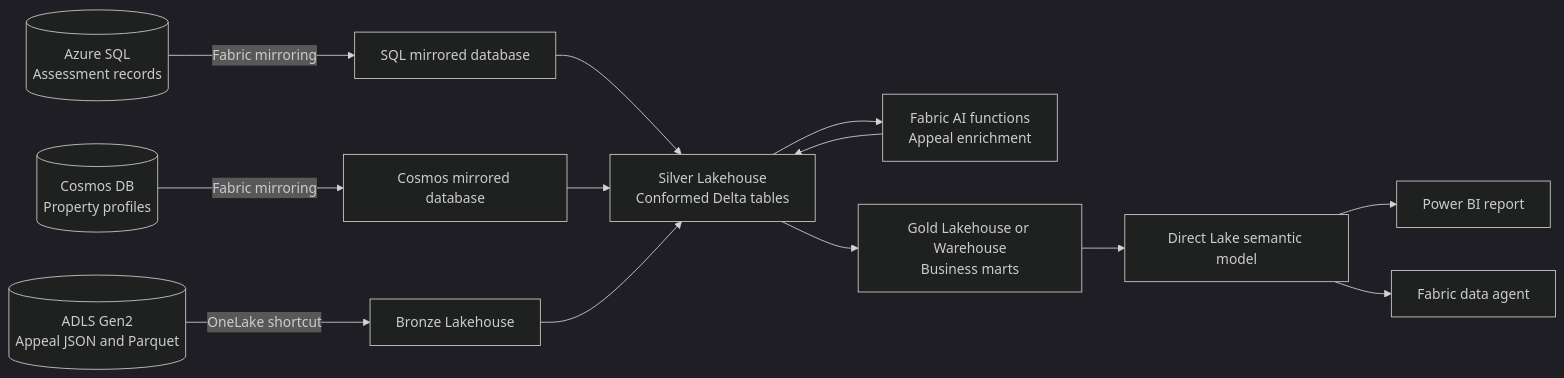
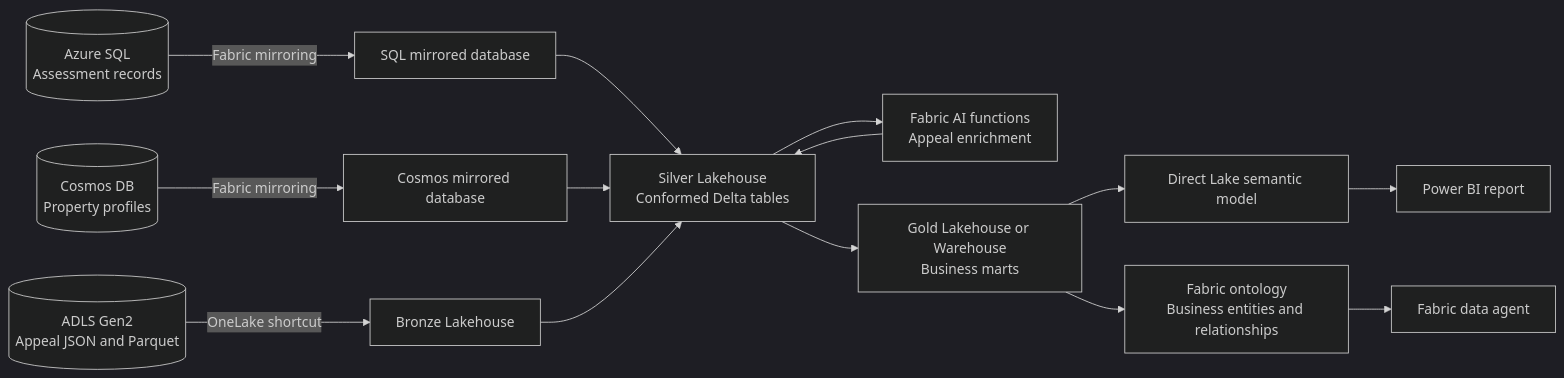
Before and after one commit to nickTinMicrosoft/fabric-hackathon-attendee-accessor: the first of 2 diagrams in Documents/Fabric Hackathon - 0 - Architecture.md, drawn with Mermaid (dark theme). The commit also changed other lines of this file and 9 other files, not shown here.

First line of the commit message:
Add Fabric ontology lab

````diff
--- a/Documents/Fabric Hackathon - 0 - Architecture.md
+++ b/Documents/Fabric Hackathon - 0 - Architecture.md
@@ -55,22 +56,23 @@
 ```mermaid
 flowchart LR
     SQL[(Azure SQL\nAssessment records)]
     COSMOS[(Cosmos DB\nProperty profiles)]
     ADLS[(ADLS Gen2\nAppeal JSON and Parquet)]
 
     SQL -->|Fabric mirroring| SQLM[SQL mirrored database]
     COSMOS -->|Fabric mirroring| COSMOSM[Cosmos mirrored database]
     ADLS -->|OneLake shortcut| BRONZE[Bronze Lakehouse]
 
     SQLM --> SILVER[Silver Lakehouse\nConformed Delta tables]
     COSMOSM --> SILVER
     BRONZE --> SILVER
 
     SILVER --> AI[Fabric AI functions\nAppeal enrichment]
     AI --> SILVER
     SILVER --> GOLD[Gold Lakehouse or Warehouse\nBusiness marts]
 
     GOLD --> MODEL[Direct Lake semantic model]
+    GOLD --> ONTOLOGY[Fabric ontology\nBusiness entities and relationships]
     MODEL --> REPORT[Power BI report]
-    MODEL --> AGENT[Fabric data agent]
+    ONTOLOGY --> AGENT[Fabric data agent]
 ```
````
